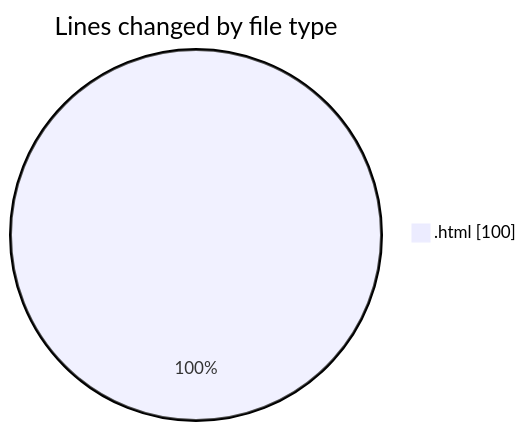
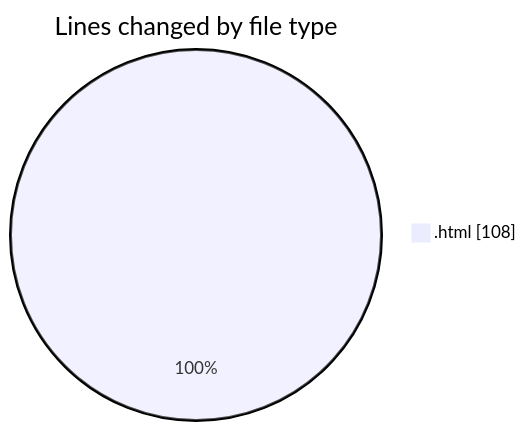
The first of 2 diagrams in 2025-10-24/javacript/README.md (nxtqubesakshisongat/code-tracking), drawn with Mermaid before and after one commit. The commit also changed other lines of this file and 1 other file, not shown here.

````diff
--- a/2025-10-24/javacript/README.md
+++ b/2025-10-24/javacript/README.md
@@ -20,5 +20,5 @@
 ```mermaid
 pie showData
 title Lines changed by file type
-".html" : 100
+".html" : 108
 ```
````
